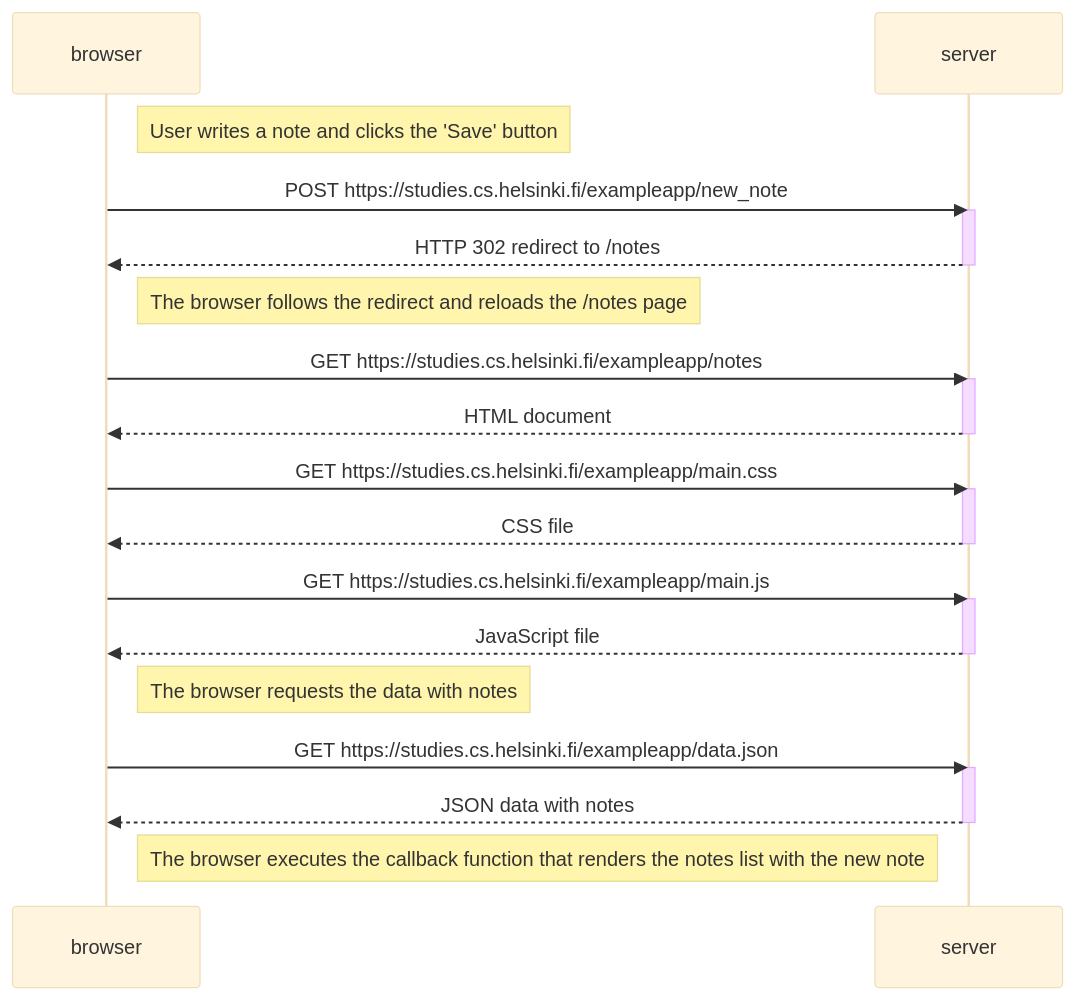
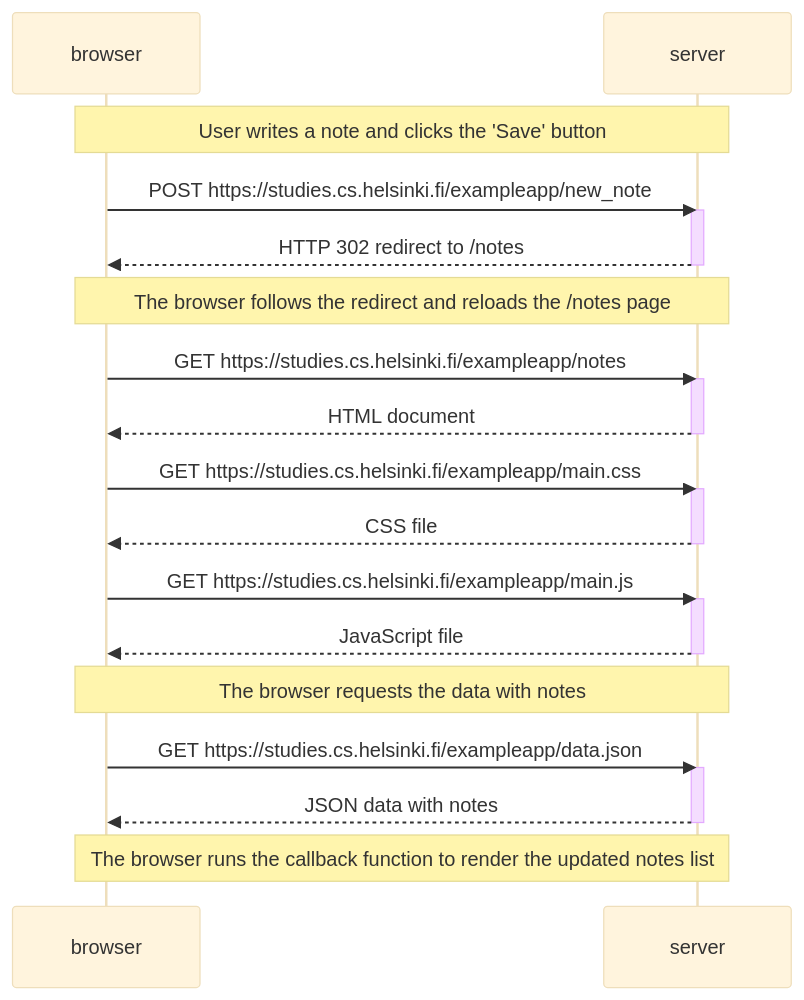
The diagram in part0/0.4.md (JD-GM/Full-Stack-Open-course), drawn with Mermaid (base theme) before and after one commit.

````diff
--- a/part0/0.4.md
+++ b/part0/0.4.md
@@ -17,38 +17,38 @@
 ```mermaid
 sequenceDiagram
 participant browser
 participant server
 
-Note right of browser: User writes a note and clicks the 'Save' button
+Note over browser,server: User writes a note and clicks the 'Save' button
 
 browser->>server: POST https://studies.cs.helsinki.fi/exampleapp/new_note
 activate server
 server-->>browser: HTTP 302 redirect to /notes
 deactivate server
 
-Note right of browser: The browser follows the redirect and reloads the /notes page
+Note over browser,server: The browser follows the redirect and reloads the /notes page
 
 browser->>server: GET https://studies.cs.helsinki.fi/exampleapp/notes
 activate server
 server-->>browser: HTML document
 deactivate server
 
 browser->>server: GET https://studies.cs.helsinki.fi/exampleapp/main.css
 activate server
 server-->>browser: CSS file
 deactivate server
 
 browser->>server: GET https://studies.cs.helsinki.fi/exampleapp/main.js
 activate server
 server-->>browser: JavaScript file
 deactivate server
 
-Note right of browser: The browser requests the data with notes
+Note over browser,server: The browser requests the data with notes
 
 browser->>server: GET https://studies.cs.helsinki.fi/exampleapp/data.json
 activate server
 server-->>browser: JSON data with notes
 deactivate server
 
-Note right of browser: The browser executes the callback function that renders the notes list with the new note
+Note over browser,server: The browser runs the callback function to render the updated notes list
 ```
````
